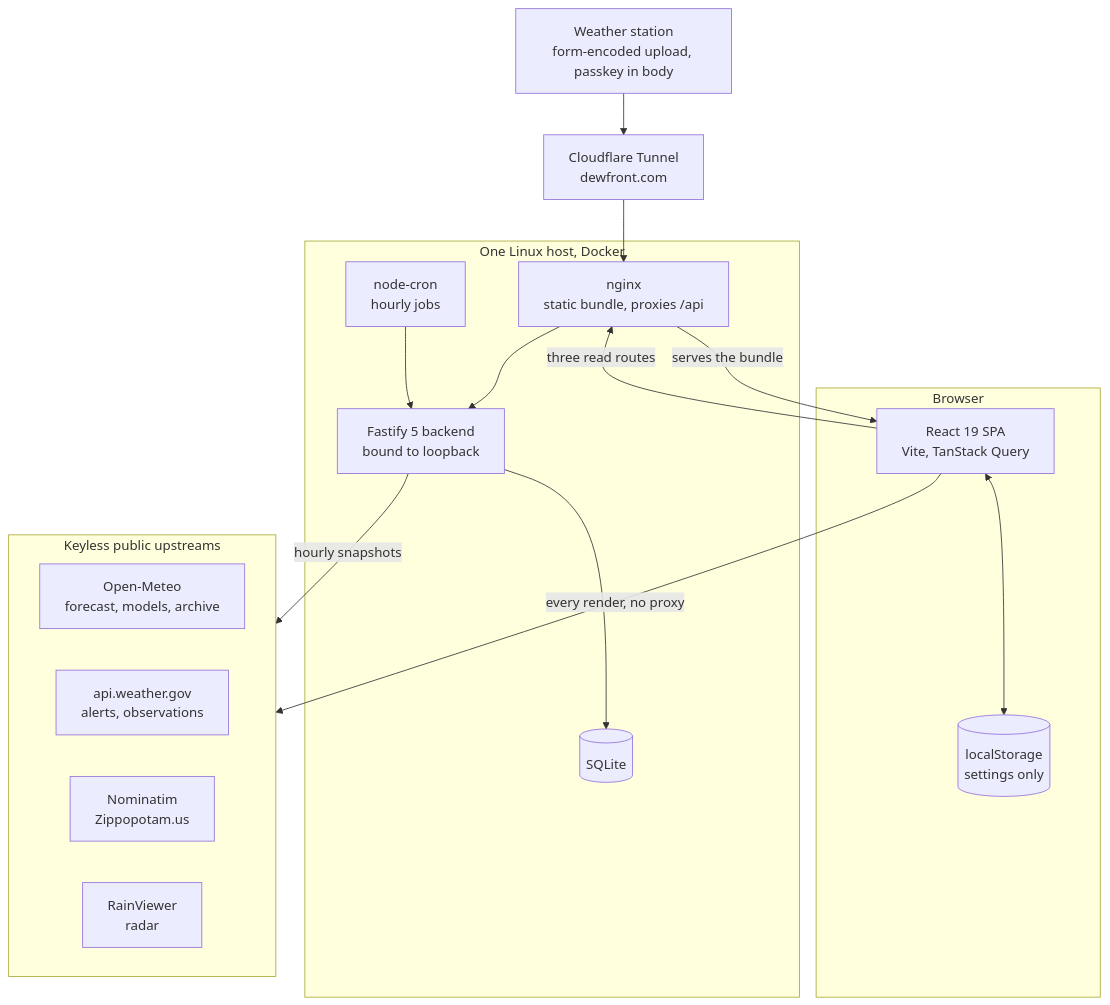
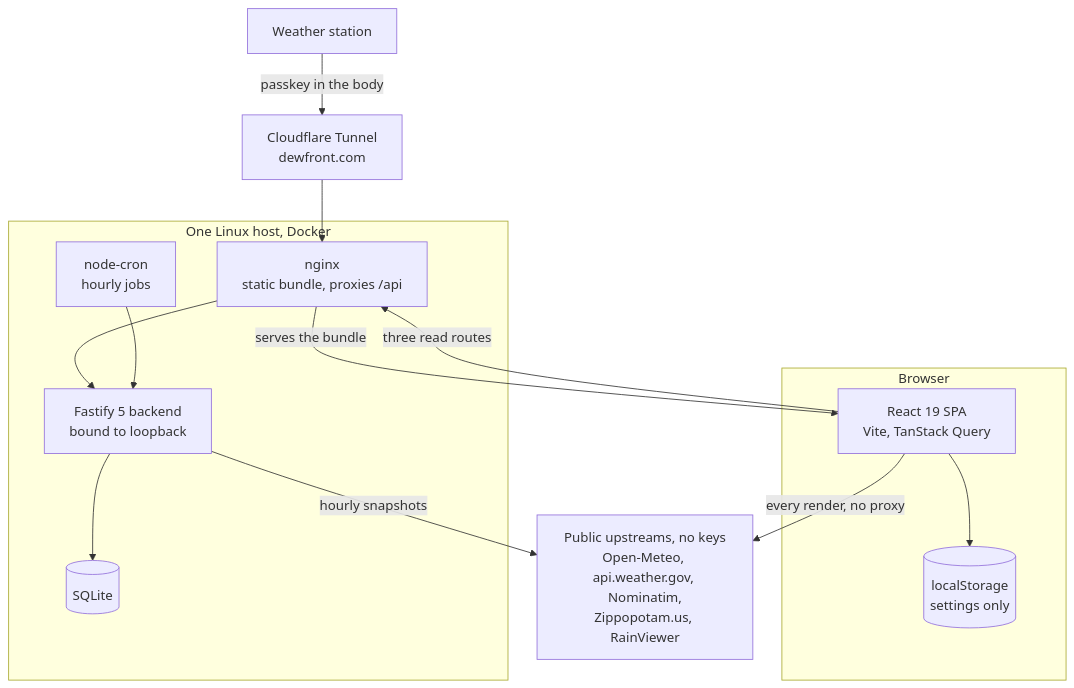
One commit to pete-builds/dewfront-showcase changed the diagram in README.md. Above: the diagram before and after it, drawn with Mermaid.

Commit message:
Collapse the upstreams into one node so the diagram lays out cleanly

````diff
--- a/README.md
+++ b/README.md
@@ -63,35 +63,23 @@
 ```mermaid
 flowchart TD
-    STN["Weather station<br/>form-encoded upload, passkey in body"]
-    CF["Cloudflare Tunnel<br/>dewfront.com"]
+    STN["Weather station"] -->|"passkey in the body"| CF["Cloudflare Tunnel<br/>dewfront.com"]
+    CF --> NGINX
+
+    subgraph host["One Linux host, Docker"]
+        NGINX["nginx<br/>static bundle, proxies /api"] --> API["Fastify 5 backend<br/>bound to loopback"]
+        CRON["node-cron<br/>hourly jobs"] --> API
+        API --> DB[("SQLite")]
+    end
+
+    NGINX -->|"serves the bundle"| SPA
 
     subgraph browser["Browser"]
-        SPA["React 19 SPA<br/>Vite, TanStack Query"]
-        LS[("localStorage<br/>settings only")]
+        SPA["React 19 SPA<br/>Vite, TanStack Query"] --> LS[("localStorage<br/>settings only")]
     end
 
-    subgraph host["One Linux host, Docker"]
-        NGINX["nginx<br/>static bundle, proxies /api"]
-        API["Fastify 5 backend<br/>bound to loopback"]
-        CRON["node-cron<br/>hourly jobs"]
-        DB[("SQLite")]
-    end
+    SPA -->|"three read routes"| NGINX
+    SPA -->|"every render, no proxy"| UP
+    API -->|"hourly snapshots"| UP
 
-    subgraph up["Keyless public upstreams"]
-        OM["Open-Meteo<br/>forecast, models, archive"]
-        NWS["api.weather.gov<br/>alerts, observations"]
-        GEO["Nominatim<br/>Zippopotam.us"]
-        RV["RainViewer<br/>radar"]
-    end
-
-    STN --> CF
-    CF --> NGINX
-    NGINX -->|"serves the bundle"| SPA
-    SPA <--> LS
-    SPA -->|"every render, no proxy"| up
-    SPA -->|"three read routes"| NGINX
-    NGINX --> API
-    CRON --> API
-    API --> DB
-    API -->|"hourly snapshots"| up
+    UP["Public upstreams, no keys<br/>Open-Meteo, api.weather.gov, Nominatim,<br/>Zippopotam.us, RainViewer"]
 ```
````
